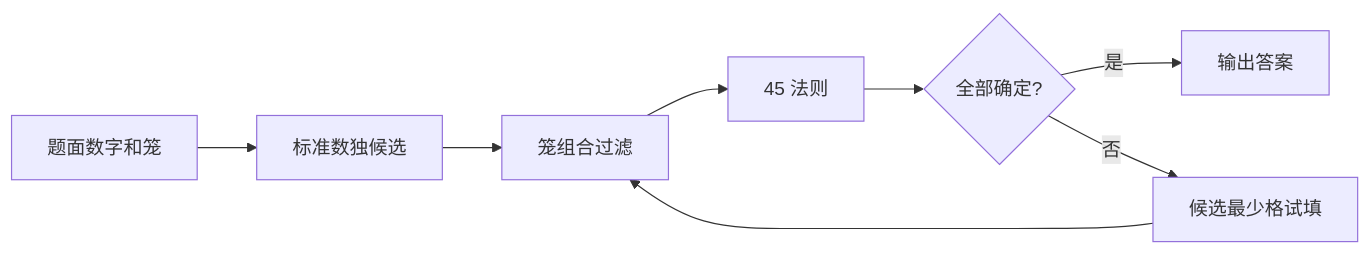
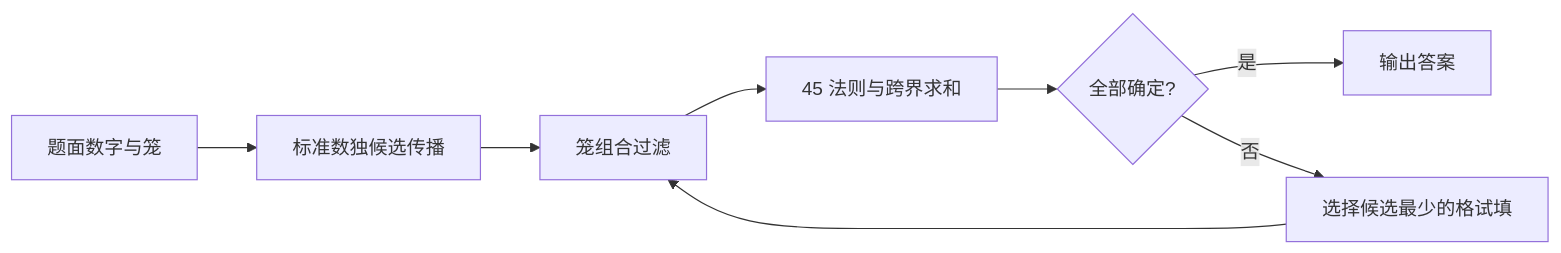
The diagram in packages/killer-sudoku/docs/strategies.md (HakurouKen/puzzle-solver), drawn with Mermaid before and after one commit. The commit also changed other lines of this file and 3 other files, not shown here.

````diff
--- a/packages/killer-sudoku/docs/strategies.md
+++ b/packages/killer-sudoku/docs/strategies.md
@@ -9,10 +9,10 @@
 ```mermaid
 flowchart LR
-  A[题面数字和笼] --> B[标准数独候选]
+  A[题面数字与笼] --> B[标准数独候选传播]
   B --> C[笼组合过滤]
-  C --> D[45 法则]
+  C --> D[45 法则与跨界求和]
   D --> E{全部确定?}
   E -- 是 --> F[输出答案]
-  E -- 否 --> G[候选最少格试填]
+  E -- 否 --> G[选择候选最少的格试填]
   G --> C
 ```
````
